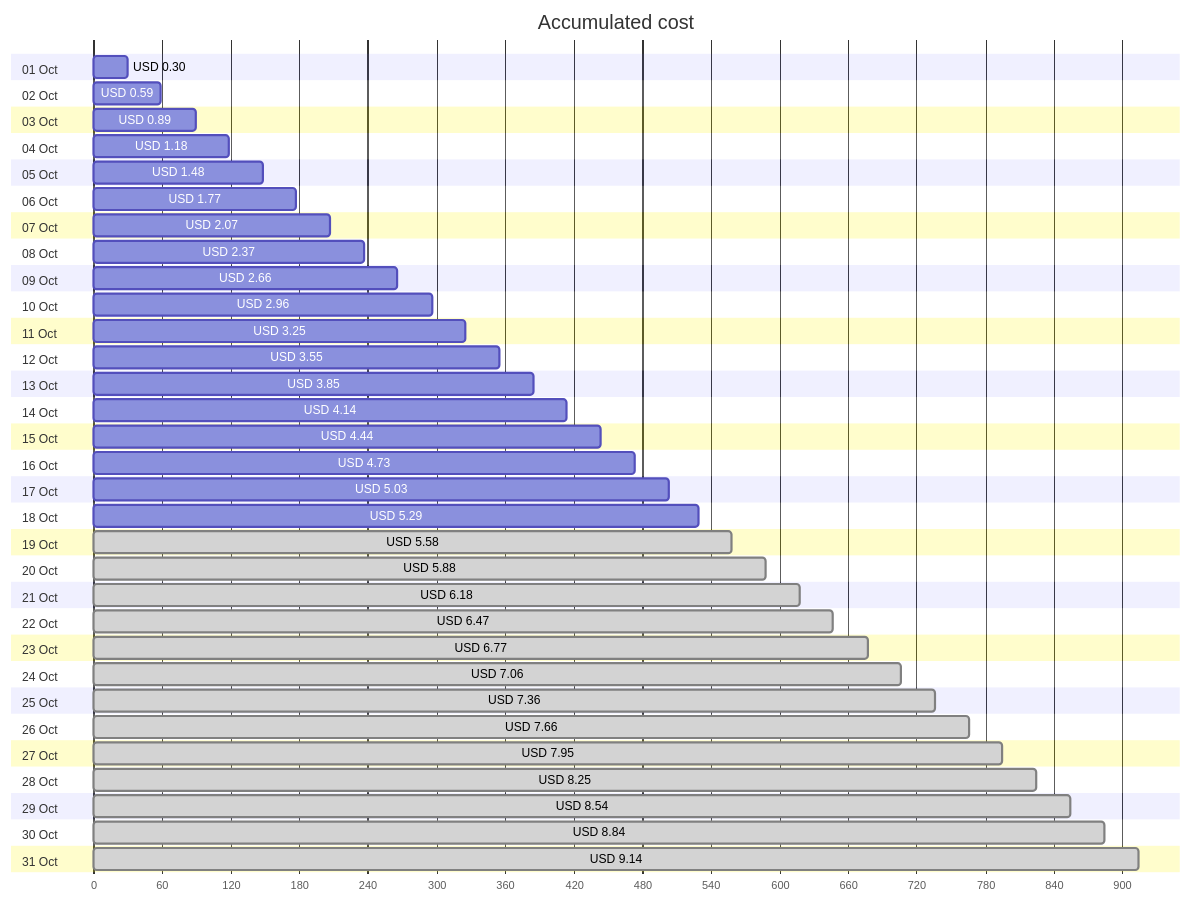
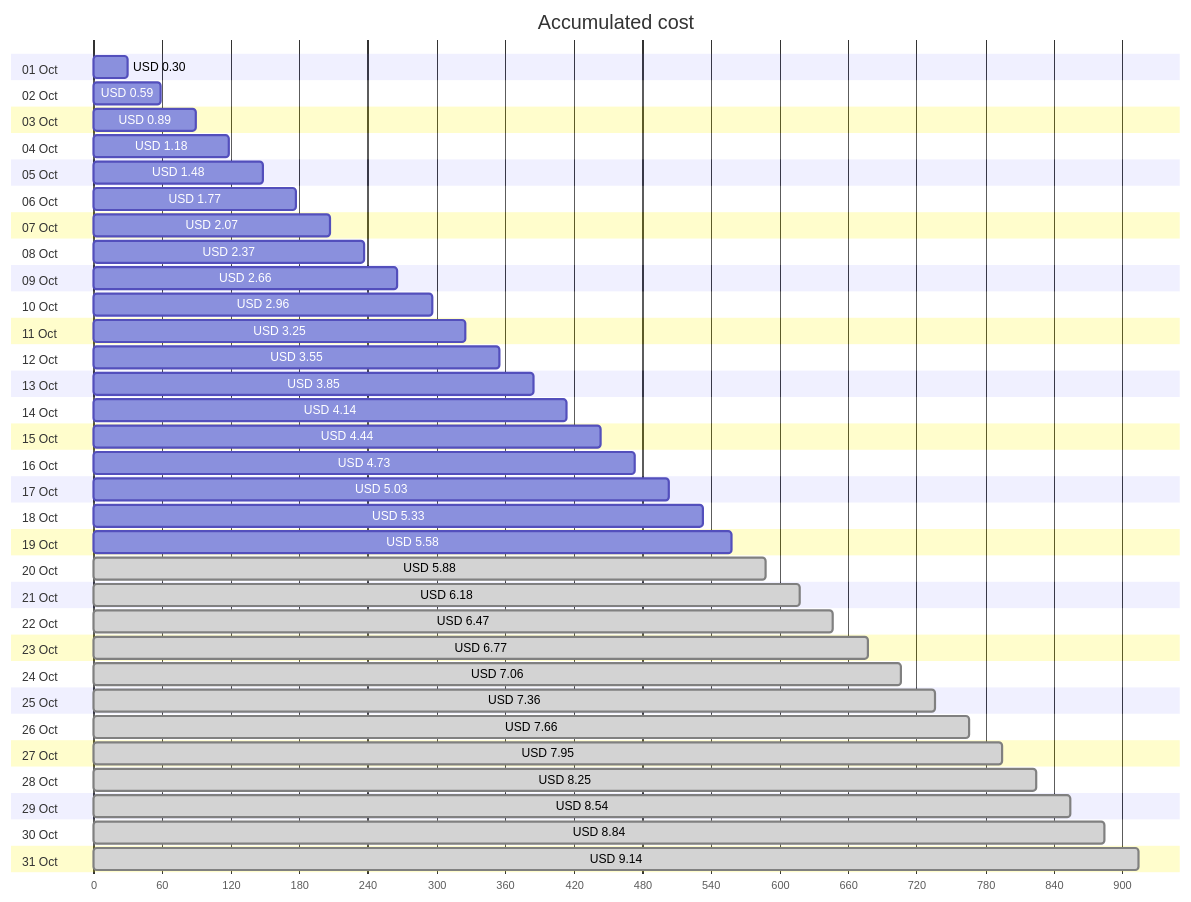
One commit to jpfulton/azure-personal-reports changed the first of 4 diagrams in cost-reports/personal-site/personal-site.md. Above: the diagram before and after it, drawn with Mermaid. The commit also changed other lines of this file and 7 other files, not shown here.

````diff
--- a/cost-reports/personal-site/personal-site.md
+++ b/cost-reports/personal-site/personal-site.md
@@ -20,68 +20,68 @@
 ```mermaid
 gantt
    title Accumulated cost
    dateFormat  X
    axisFormat %s
    section 01 Oct
    USD 0.30 :0, 30
    section 02 Oct
    USD 0.59 :0, 59
    section 03 Oct
    USD 0.89 :0, 89
    section 04 Oct
    USD 1.18 :0, 118
    section 05 Oct
    USD 1.48 :0, 148
    section 06 Oct
    USD 1.77 :0, 177
    section 07 Oct
    USD 2.07 :0, 207
    section 08 Oct
    USD 2.37 :0, 237
    section 09 Oct
    USD 2.66 :0, 266
    section 10 Oct
    USD 2.96 :0, 296
    section 11 Oct
    USD 3.25 :0, 325
    section 12 Oct
    USD 3.55 :0, 355
    section 13 Oct
    USD 3.85 :0, 385
    section 14 Oct
    USD 4.14 :0, 414
    section 15 Oct
    USD 4.44 :0, 444
    section 16 Oct
    USD 4.73 :0, 473
    section 17 Oct
    USD 5.03 :0, 503
    section 18 Oct
-   USD 5.29 :0, 529
+   USD 5.33 :0, 533
    section 19 Oct
-   USD 5.58 : done, 0, 558
+   USD 5.58 :0, 558
    section 20 Oct
    USD 5.88 : done, 0, 588
    section 21 Oct
    USD 6.18 : done, 0, 618
    section 22 Oct
    USD 6.47 : done, 0, 647
    section 23 Oct
    USD 6.77 : done, 0, 677
    section 24 Oct
    USD 7.06 : done, 0, 706
    section 25 Oct
    USD 7.36 : done, 0, 736
    section 26 Oct
    USD 7.66 : done, 0, 766
    section 27 Oct
    USD 7.95 : done, 0, 795
    section 28 Oct
    USD 8.25 : done, 0, 825
    section 29 Oct
    USD 8.54 : done, 0, 854
    section 30 Oct
    USD 8.84 : done, 0, 884
    section 31 Oct
    USD 9.14 : done, 0, 914
 ```
````
